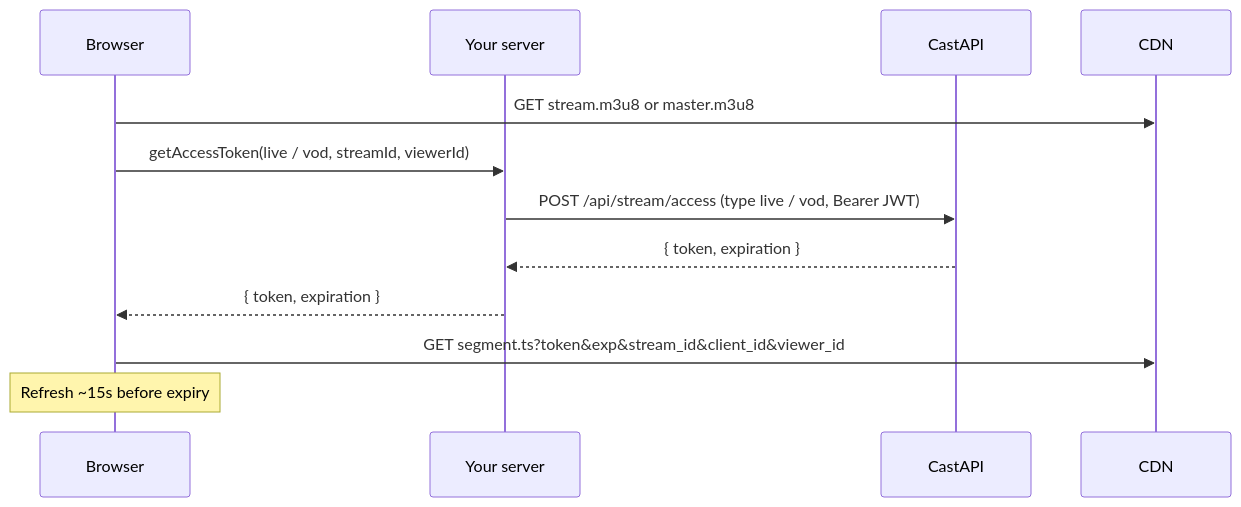
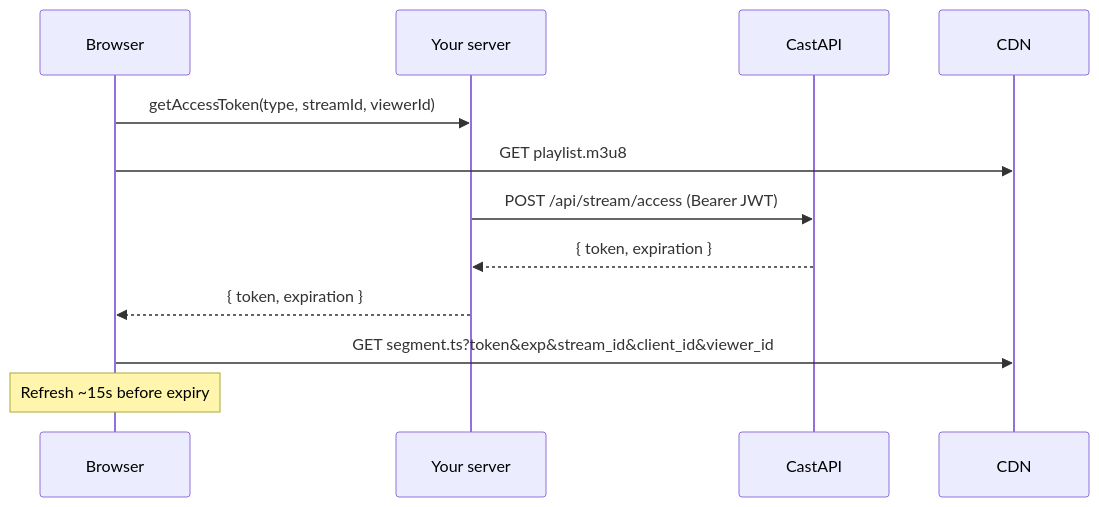
One commit to Synesis-IT-PLC/stream-player-sdk changed the diagram in README.md. Above: the diagram before and after it, drawn with Mermaid. The commit also changed other lines of this file, not shown here.

Commit message:
docs: update README for clarity and structure, refine integration paths, and enhance access token explanation

````diff
--- a/README.md
+++ b/README.md
@@ -300,15 +273,15 @@
 ```mermaid
 sequenceDiagram
     participant B as Browser
     participant S as Your server
     participant C as CastAPI
     participant O as CDN
 
-    B->>O: GET stream.m3u8 or master.m3u8
-    B->>S: getAccessToken(live / vod, streamId, viewerId)
-    S->>C: POST /api/stream/access (type live / vod, Bearer JWT)
+    B->>S: getAccessToken(type, streamId, viewerId)
+    B->>O: GET playlist.m3u8
+    S->>C: POST /api/stream/access (Bearer JWT)
     C-->>S: { token, expiration }
     S-->>B: { token, expiration }
     B->>O: GET segment.ts?token&exp&stream_id&client_id&viewer_id
     Note over B: Refresh ~15s before expiry
 ```
````
